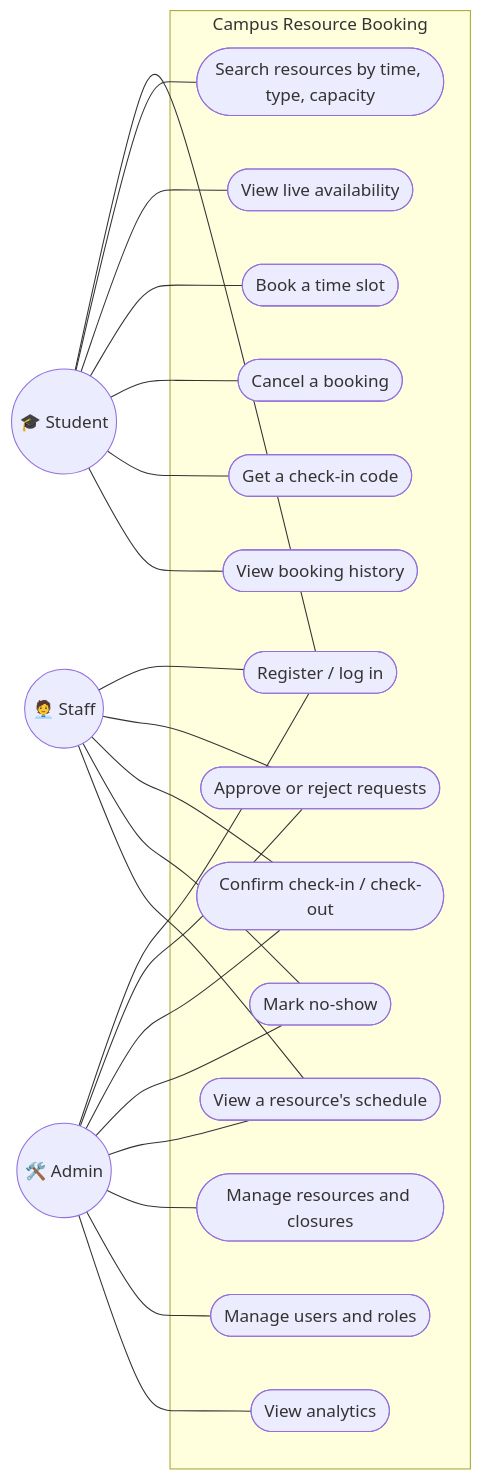
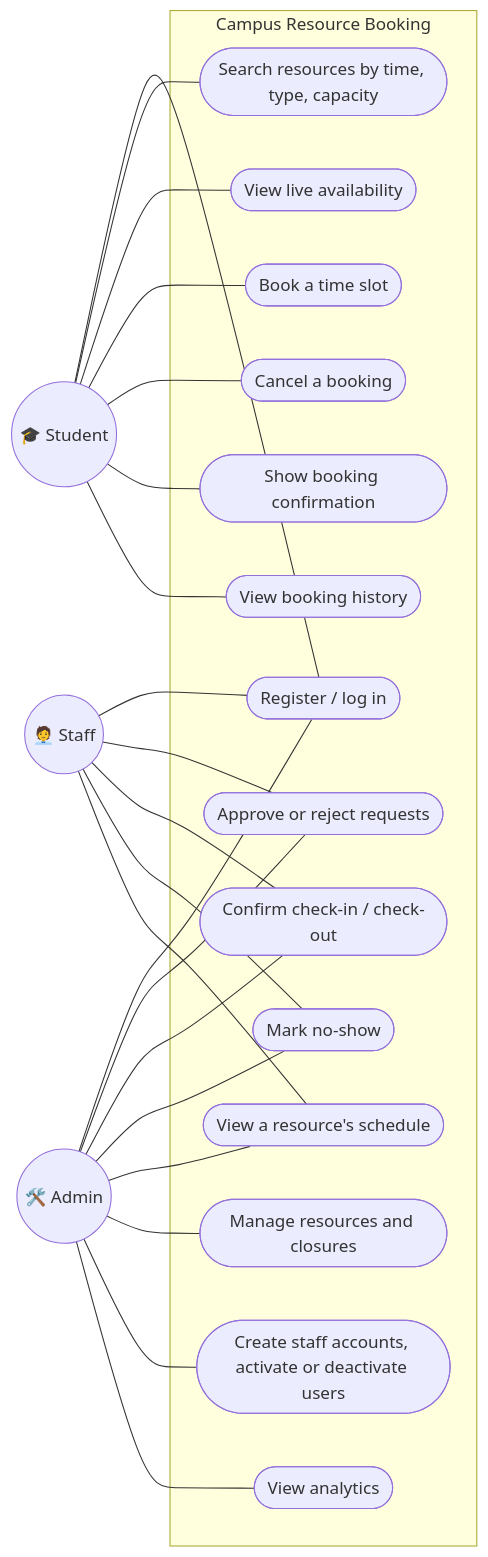
The first of 3 diagrams in docs/presentation/1-system-overview.md (Nam-Antoine/campus-resource-booking), drawn with Mermaid before and after one commit. The commit also changed other lines of this file and 83 other files, not shown here.

First line of the commit message:
Replace check-in codes with staff-confirmed booking details (#44)

````diff
--- a/docs/presentation/1-system-overview.md
+++ b/docs/presentation/1-system-overview.md
@@ -19,27 +19,27 @@
 ```mermaid
 flowchart LR
     S((🎓 Student))
     T((🧑‍💼 Staff))
     A((🛠️ Admin))
 
     subgraph System[Campus Resource Booking]
         UC1([Register / log in])
         UC2([Search resources by time, type, capacity])
         UC3([View live availability])
         UC4([Book a time slot])
         UC5([Cancel a booking])
-        UC6([Get a check-in code])
+        UC6([Show booking confirmation])
         UC7([View booking history])
         UC8([Approve or reject requests])
         UC9([Confirm check-in / check-out])
         UC10([Mark no-show])
         UC11([View a resource's schedule])
         UC12([Manage resources and closures])
-        UC13([Manage users and roles])
+        UC13([Create staff accounts, activate or deactivate users])
         UC14([View analytics])
     end
 
     S --- UC1 & UC2 & UC3 & UC4 & UC5 & UC6 & UC7
     T --- UC1 & UC8 & UC9 & UC10 & UC11
     A --- UC1 & UC8 & UC9 & UC10 & UC11 & UC12 & UC13 & UC14
 ```
````
